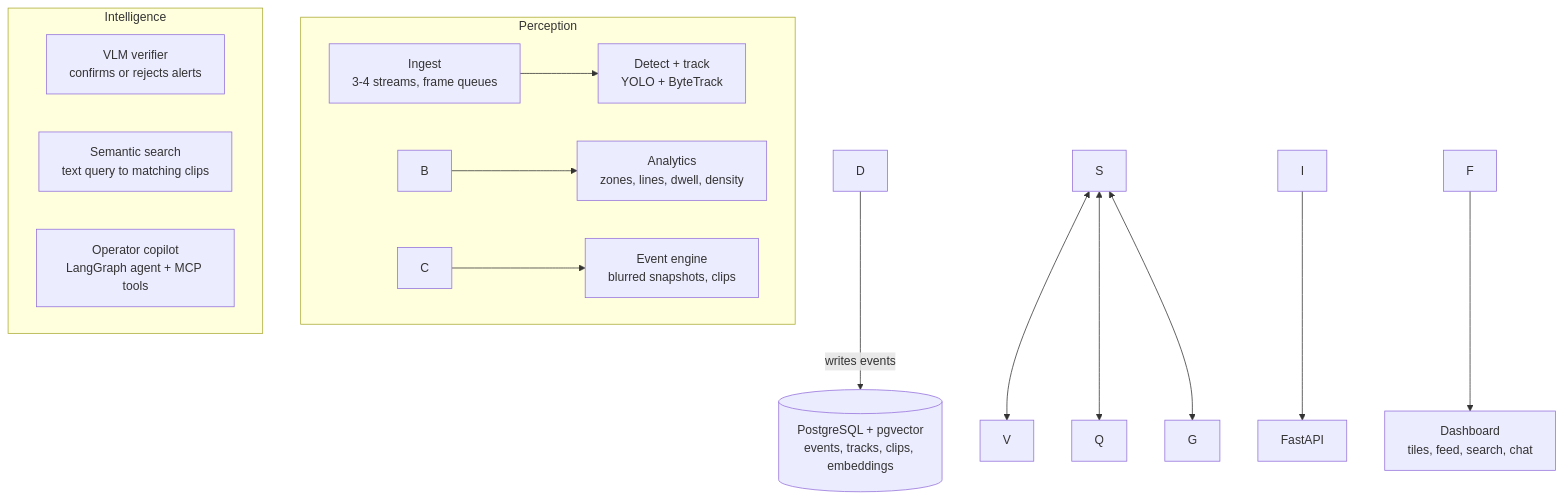
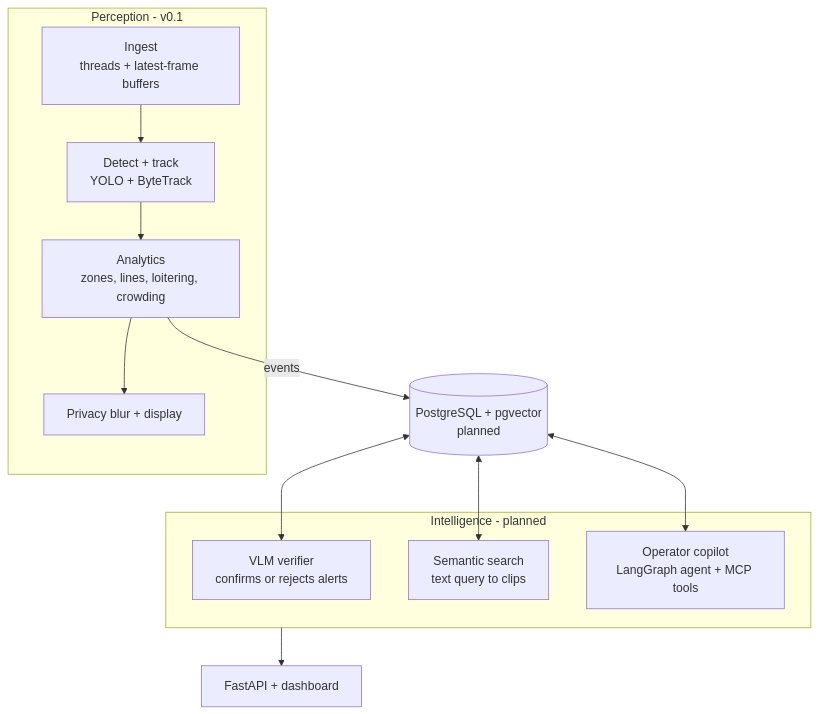
One commit to LostShayar/basira-video-intelligence changed the diagram in README.md. Above: the diagram before and after it, drawn with Mermaid. The commit also changed other lines of this file and 3 other files, not shown here.

````diff
--- a/README.md
+++ b/README.md
@@ -27,19 +62,18 @@
 ```mermaid
 flowchart TD
-    subgraph P\[Perception]
-        A\[Ingest<br/>3-4 streams, frame queues] --> B\[Detect + track<br/>YOLO + ByteTrack]
-        B --> C\[Analytics<br/>zones, lines, dwell, density]
-        C --> D\[Event engine<br/>blurred snapshots, clips]
+    subgraph P[Perception - v0.1]
+        A[Ingest<br/>threads + latest-frame buffers] --> B[Detect + track<br/>YOLO + ByteTrack]
+        B --> C[Analytics<br/>zones, lines, loitering, crowding]
+        C --> D[Privacy blur + display]
     end
-    D -->|writes events| S\[(PostgreSQL + pgvector<br/>events, tracks, clips, embeddings)]
-    subgraph I\[Intelligence]
-        V\[VLM verifier<br/>confirms or rejects alerts]
-        Q\[Semantic search<br/>text query to matching clips]
-        G\[Operator copilot<br/>LangGraph agent + MCP tools]
+    C -->|events| S[(PostgreSQL + pgvector<br/>planned)]
+    subgraph I[Intelligence - planned]
+        V[VLM verifier<br/>confirms or rejects alerts]
+        Q[Semantic search<br/>text query to clips]
+        G[Operator copilot<br/>LangGraph agent + MCP tools]
     end
     S <--> V
     S <--> Q
     S <--> G
-    I --> F\[FastAPI]
-    F --> H\[Dashboard<br/>tiles, feed, search, chat]
+    I --> F[FastAPI + dashboard]
 ```
````
